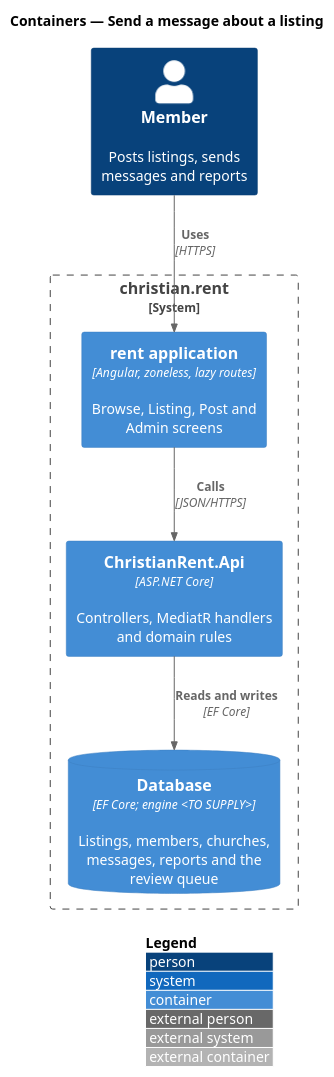
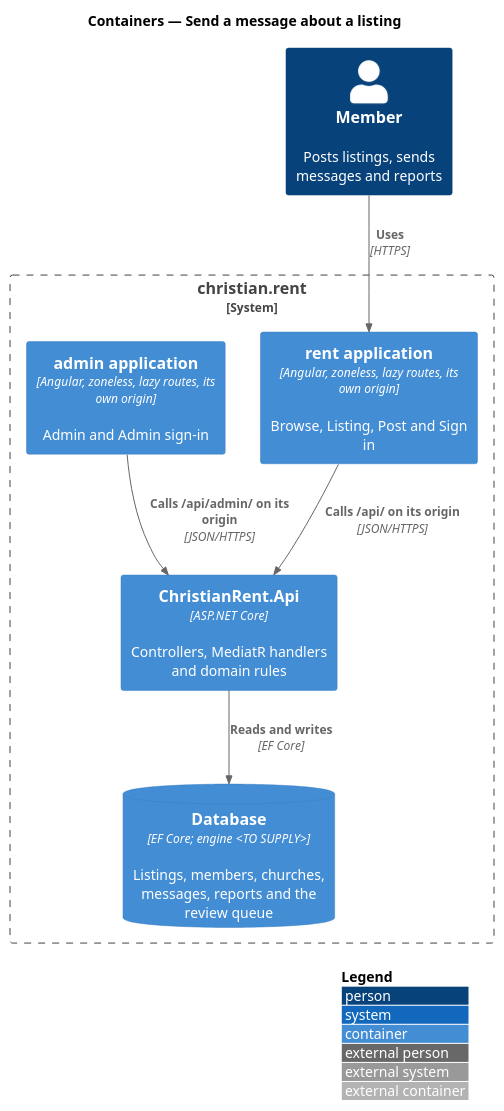
The diagram in docs/detailed-designs/messages/send-message/diagrams/c4-container.puml (QuinntyneBrown/christian-rent), drawn with PlantUML before and after one commit. The commit also changed 91 other files, not shown here.

```diff
--- a/docs/detailed-designs/messages/send-message/diagrams/c4-container.puml
+++ b/docs/detailed-designs/messages/send-message/diagrams/c4-container.puml
@@ -1,15 +1,17 @@
 @startuml
 !include <C4/C4_Container>
 LAYOUT_WITH_LEGEND()
 title Containers — Send a message about a listing
 
 Person(member, "Member", "Posts listings, sends messages and reports")
 System_Boundary(cr, "christian.rent") {
-  Container(spa, "rent application", "Angular, zoneless, lazy routes", "Browse, Listing, Post and Admin screens")
+  Container(spa, "rent application", "Angular, zoneless, lazy routes, its own origin", "Browse, Listing, Post and Sign in")
+  Container(adm, "admin application", "Angular, zoneless, lazy routes, its own origin", "Admin and Admin sign-in")
   Container(api, "ChristianRent.Api", "ASP.NET Core", "Controllers, MediatR handlers and domain rules")
   ContainerDb(db, "Database", "EF Core; engine <TO SUPPLY>", "Listings, members, churches, messages, reports and the review queue")
 }
 Rel(member, spa, "Uses", "HTTPS")
-Rel(spa, api, "Calls", "JSON/HTTPS")
+Rel(spa, api, "Calls /api/ on its origin", "JSON/HTTPS")
+Rel(adm, api, "Calls /api/admin/ on its origin", "JSON/HTTPS")
 Rel(api, db, "Reads and writes", "EF Core")
 @enduml
```
